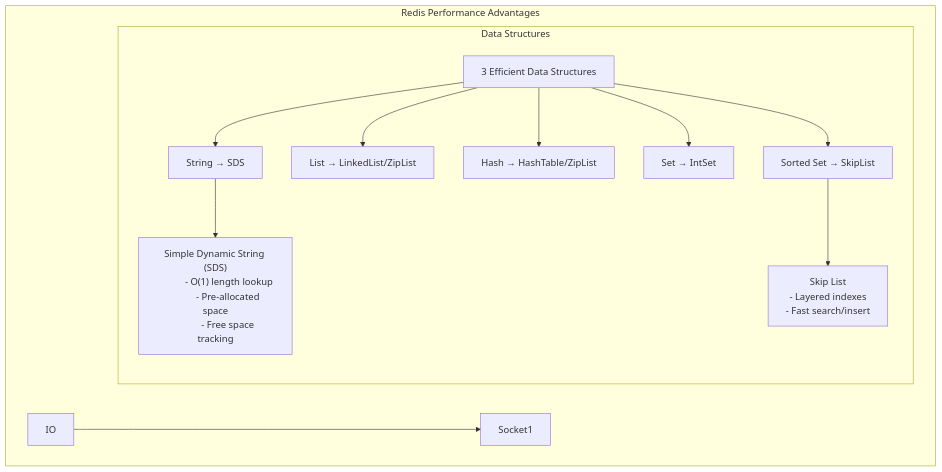
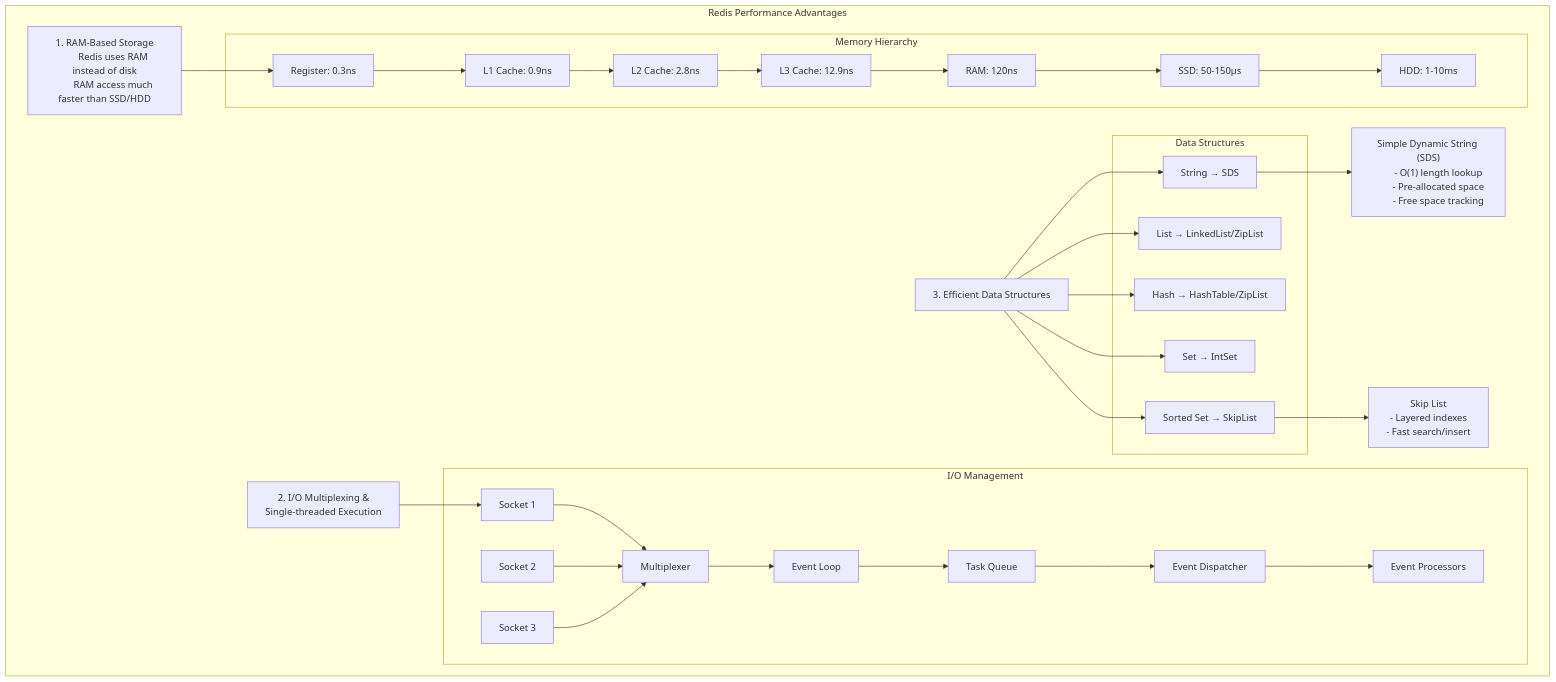
The diagram in System Design/System Design Interview/为什么Redis如此快速.md (uwspstar/20-Day-Challenge-List), drawn with Mermaid before and after one commit.

````diff
--- a/System Design/System Design Interview/为什么Redis如此快速.md
+++ b/System Design/System Design Interview/为什么Redis如此快速.md
@@ -92,36 +40,76 @@
 ```mermaid
 flowchart TB
-    subgraph "Redis Performance Advantages" 
+    subgraph "Redis Performance Advantages"
+        RAM["1. RAM-Based Storage
+        Redis uses RAM instead of disk
+        RAM access much faster than SSD/HDD"]
+
+        subgraph "Memory Hierarchy"
+            Register["Register: 0.3ns"]
+            L1["L1 Cache: 0.9ns"]
+            L2["L2 Cache: 2.8ns"]
+            L3["L3 Cache: 12.9ns"]
+            MainMem["RAM: 120ns"]
+            SSD["SSD: 50-150μs"]
+            HDD["HDD: 1-10ms"]
+        end
+
+        RAM --> Register
+        Register --> L1
+        L1 --> L2
+        L2 --> L3
+        L3 --> MainMem
+        MainMem --> SSD
+        SSD --> HDD
+
+        IO["2. I/O Multiplexing &
+        Single-threaded Execution"]
+        
+        subgraph "I/O Management"
+            Socket1["Socket 1"]
+            Socket2["Socket 2"]
+            Socket3["Socket 3"]
+            Mux["Multiplexer"]
+            ELoop["Event Loop"]
+            Queue["Task Queue"]
+            Dispatch["Event Dispatcher"]
+            Process["Event Processors"]
+        end
+        
+        Socket1 & Socket2 & Socket3 --> Mux
+        Mux --> ELoop
+        ELoop --> Queue
+        Queue --> Dispatch
+        Dispatch --> Process
+        
         IO --> Socket1
 
-        DS["3 Efficient Data Structures"]
+        DS["3. Efficient Data Structures"]
         
         subgraph "Data Structures"
             String["String → SDS"]
             List["List → LinkedList/ZipList"]
             Hash["Hash → HashTable/ZipList"]
             Set["Set → IntSet"]
             ZSet["Sorted Set → SkipList"]
+        end
+
+        SDS["Simple Dynamic String (SDS)
+        - O(1) length lookup
+        - Pre-allocated space
+        - Free space tracking"]
+
+        SkipList["Skip List
+        - Layered indexes
+        - Fast search/insert"]
+
+        DS --> String
+        DS --> List
+        DS --> Hash
+        DS --> Set
+        DS --> ZSet
         
-
-           SDS["Simple Dynamic String (SDS)
-           - O(1) length lookup
-           - Pre-allocated space
-           - Free space tracking"]
-   
-           SkipList["Skip List
-           - Layered indexes
-           - Fast search/insert"]
-   
-           DS --> String
-           DS --> List
-           DS --> Hash
-           DS --> Set
-           DS --> ZSet
-           
-           String --> SDS
-           ZSet --> SkipList
-      end
-
+        String --> SDS
+        ZSet --> SkipList
     end
 ```
````
